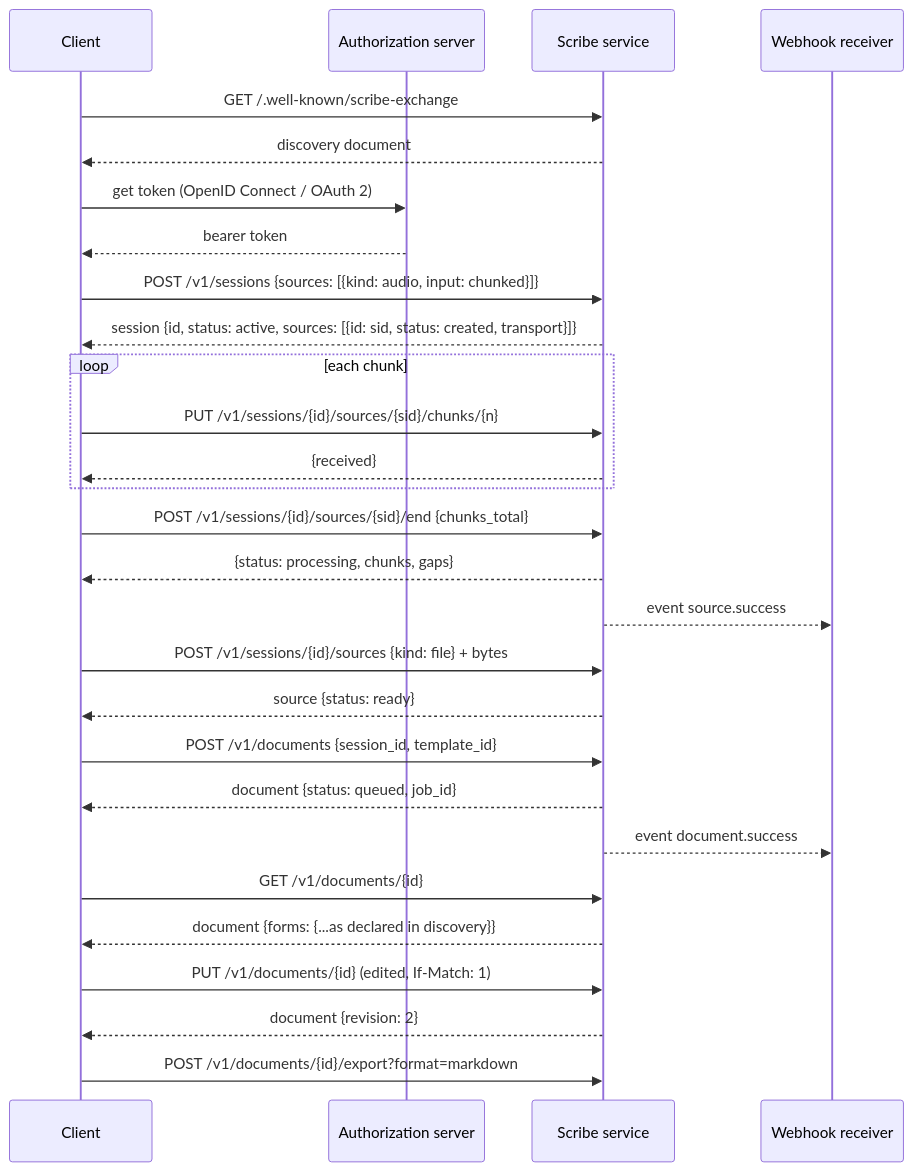
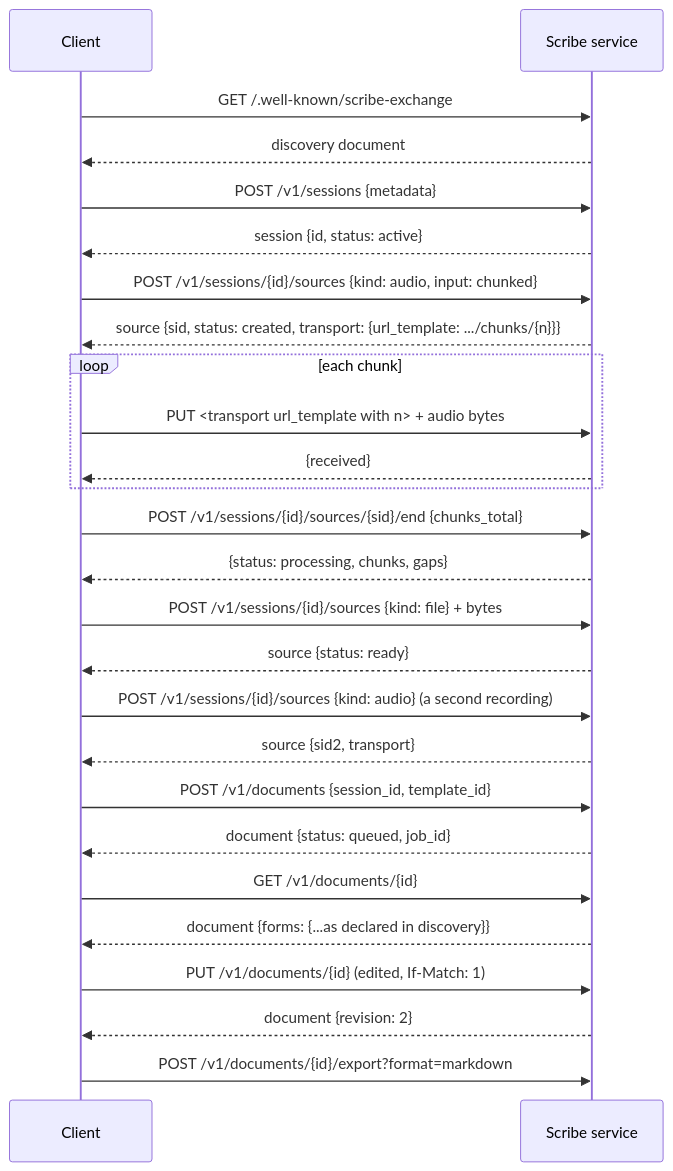
Before and after one commit to eka-care/scribeexchangeprotocol: the first of 2 diagrams in spec/02-architecture.md, drawn with Mermaid. The commit also changed other lines of this file and 49 other files, not shown here.

````diff
--- a/spec/02-architecture.md
+++ b/spec/02-architecture.md
@@ -41,30 +23,28 @@
 ```mermaid
 sequenceDiagram
   participant C as Client
-  participant I as Authorization server
   participant S as Scribe service
-  participant W as Webhook receiver
   C->>S: GET /.well-known/scribe-exchange
   S-->>C: discovery document
-  C->>I: get token (OpenID Connect / OAuth 2)
-  I-->>C: bearer token
-  C->>S: POST /v1/sessions {sources: [{kind: audio, input: chunked}]}
-  S-->>C: session {id, status: active, sources: [{id: sid, status: created, transport}]}
+  C->>S: POST /v1/sessions {metadata}
+  S-->>C: session {id, status: active}
+  C->>S: POST /v1/sessions/{id}/sources {kind: audio, input: chunked}
+  S-->>C: source {sid, status: created, transport: {url_template: .../chunks/{n}}}
   loop each chunk
-    C->>S: PUT /v1/sessions/{id}/sources/{sid}/chunks/{n}
+    C->>S: PUT <transport url_template with n> + audio bytes
     S-->>C: {received}
   end
   C->>S: POST /v1/sessions/{id}/sources/{sid}/end {chunks_total}
   S-->>C: {status: processing, chunks, gaps}
-  S-->>W: event source.success
   C->>S: POST /v1/sessions/{id}/sources {kind: file} + bytes
   S-->>C: source {status: ready}
+  C->>S: POST /v1/sessions/{id}/sources {kind: audio}   (a second recording)
+  S-->>C: source {sid2, transport}
   C->>S: POST /v1/documents {session_id, template_id}
   S-->>C: document {status: queued, job_id}
-  S-->>W: event document.success
   C->>S: GET /v1/documents/{id}
   S-->>C: document {forms: {...as declared in discovery}}
   C->>S: PUT /v1/documents/{id} (edited, If-Match: 1)
   S-->>C: document {revision: 2}
   C->>S: POST /v1/documents/{id}/export?format=markdown
 ```
````
